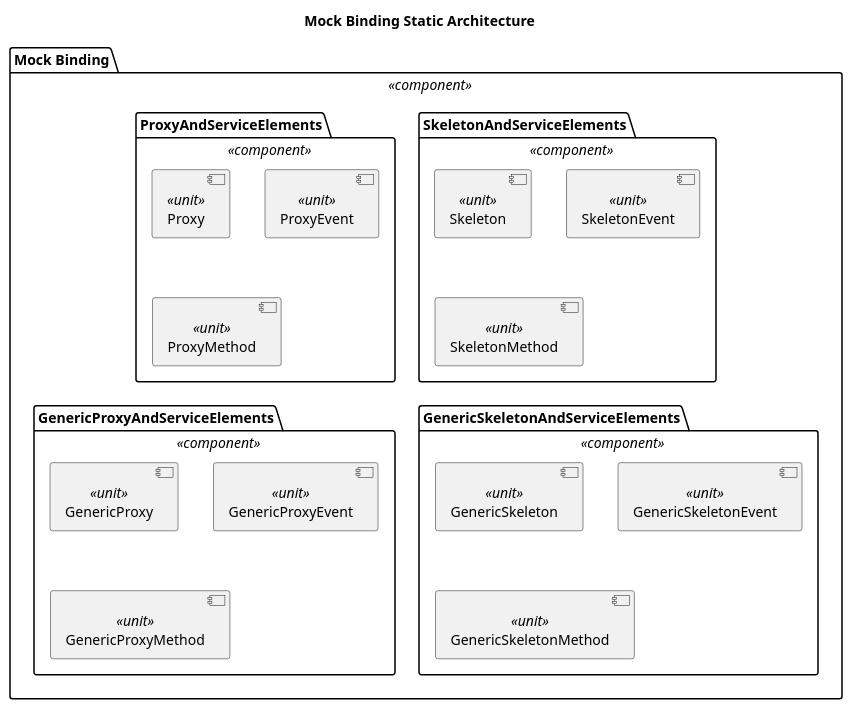
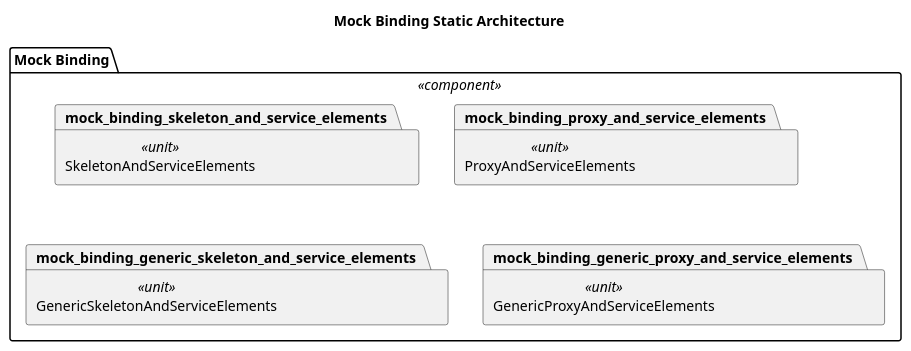
Before and after one commit to eclipse-score/communication: the diagram in score/mw/com/dependability/software_architectural_design/static_design/mock_binding.puml, drawn with PlantUML. The commit also changed 1 other file, not shown here.

Commit message:
mw/com: Use coarser component architecture in static design

```diff
--- a/score/mw/com/dependability/software_architectural_design/static_design/mock_binding.puml
+++ b/score/mw/com/dependability/software_architectural_design/static_design/mock_binding.puml
@@ -13,30 +13,14 @@
 @startuml safety_sentinel_mock_binding_design
 title "Mock Binding Static Architecture"
 
 package "Mock Binding" as mock_binding <<component>> {
-  package "SkeletonAndServiceElements" as mock_binding_skeleton_and_service_elements <<component>>  {
-    component "Skeleton" as mock_binding_skeleton <<unit>> 
-    component "SkeletonEvent" as mock_binding_skeleton_event <<unit>> 
-    component "SkeletonMethod" as mock_binding_skeleton_method <<unit>> 
-  }
+  package "SkeletonAndServiceElements" as mock_binding_skeleton_and_service_elements <<unit>>  
 
-  package "ProxyAndServiceElements" as mock_binding_proxy_and_service_elements <<component>>  {
-    component "Proxy" as mock_binding_proxy <<unit>> 
-    component "ProxyEvent" as mock_binding_proxy_event <<unit>> 
-    component "ProxyMethod" as mock_binding_proxy_method <<unit>> 
-  }
+  package "ProxyAndServiceElements" as mock_binding_proxy_and_service_elements <<unit>>  
 
-  package "GenericSkeletonAndServiceElements" as mock_binding_generic_skeleton_and_service_elements <<component>>  {
-    component "GenericSkeleton" as mock_binding_generic_skeleton <<unit>> 
-    component "GenericSkeletonEvent" as mock_binding_generic_skeleton_event <<unit>> 
-    component "GenericSkeletonMethod" as mock_binding_generic_skeleton_method <<unit>> 
-  }
+  package "GenericSkeletonAndServiceElements" as mock_binding_generic_skeleton_and_service_elements <<unit>>  
 
-  package "GenericProxyAndServiceElements" as mock_binding_generic_proxy_and_service_elements <<component>>  {
-    component "GenericProxy" as mock_binding_generic_proxy <<unit>> 
-    component "GenericProxyEvent" as mock_binding_generic_proxy_event <<unit>> 
-    component "GenericProxyMethod" as mock_binding_generic_proxy_method <<unit>> 
-  }
+  package "GenericProxyAndServiceElements" as mock_binding_generic_proxy_and_service_elements <<unit>>  
 }
 
 @enduml
```
